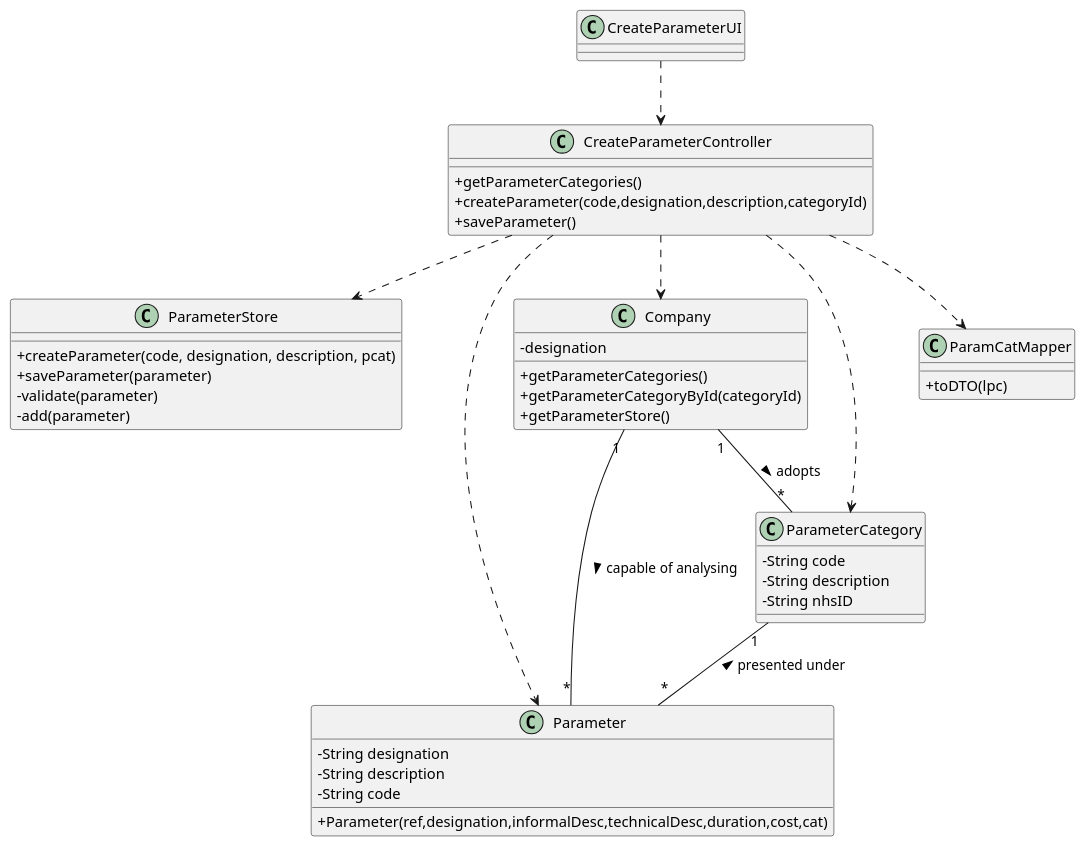
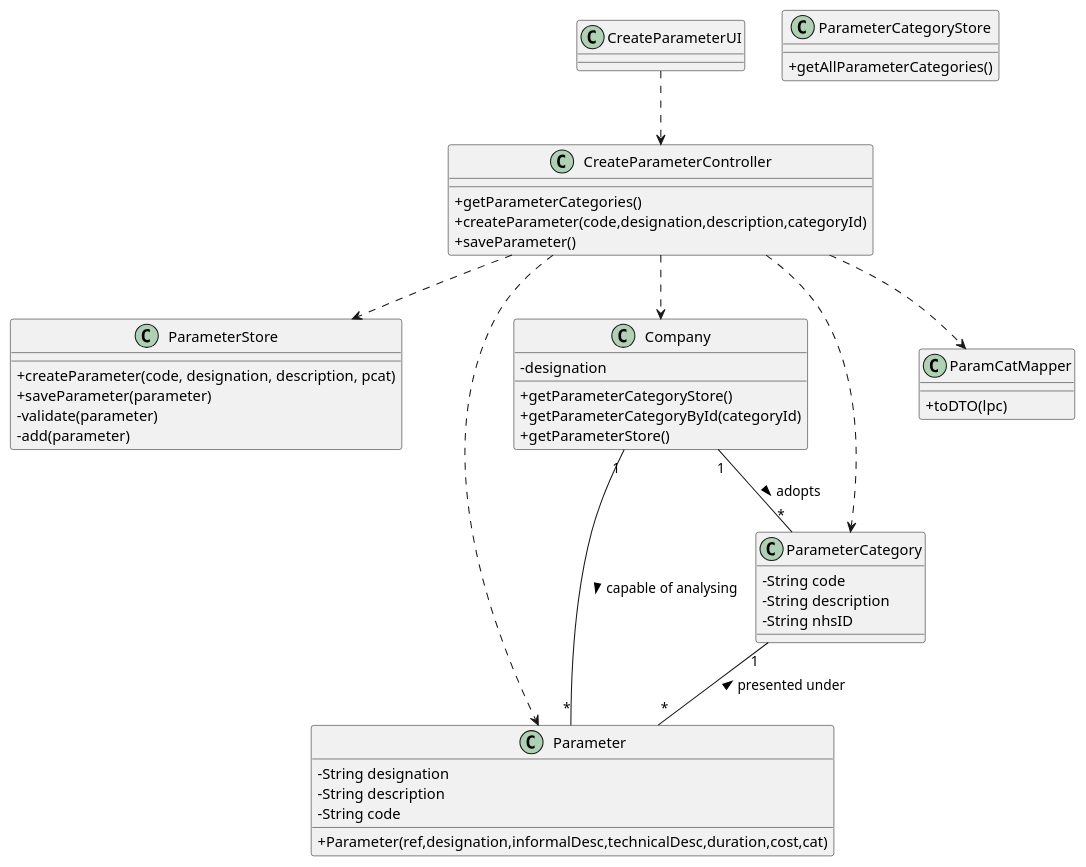
The diagram in docs/SprintB/US10/US10-CD.puml (0franciscor/lei-21-s2-1de-g19), drawn with PlantUML before and after one commit. The commit also changed 5 other files, not shown here.

Commit message:
acréscimo da Parameter Category Store no SD e CD US10

```diff
--- a/docs/SprintB/US10/US10-CD.puml
+++ b/docs/SprintB/US10/US10-CD.puml
@@ -1,62 +1,66 @@
 @startuml
 skinparam classAttributeIconSize 0
 
 
 class ParameterStore{
   +createParameter(code, designation, description, pcat)
   +saveParameter(parameter)
   -validate(parameter)
   -add(parameter)
+}
+
+class ParameterCategoryStore{
+  +getAllParameterCategories()
 }
 
 
 class Parameter {
   - String designation
   - String description
   - String code
   +Parameter(ref,designation,informalDesc,technicalDesc,duration,cost,cat)
 }
 
 class Company {
   -designation
-  +getParameterCategories()
+  +getParameterCategoryStore()
   +getParameterCategoryById(categoryId)
   +getParameterStore()
 }
 
 class ParameterCategory {
   -String code
   -String description
   -String nhsID
 }
 
 
 
 class ParamCatMapper{
   +toDTO(lpc)
 }
 
 
 class CreateParameterController {
   +getParameterCategories()
   +createParameter(code,designation,description,categoryId)
   +saveParameter()
 }
 
 class CreateParameterUI {
 }
 
 CreateParameterUI ..> CreateParameterController
 CreateParameterController ..> ParameterCategory
 CreateParameterController ..> ParamCatMapper
 CreateParameterController ..> Parameter
 CreateParameterController ..> Company
 CreateParameterController ..> ParameterStore
 
 Company "1" -- "*" Parameter : > capable of analysing
 Company "1" -- "*" ParameterCategory : > adopts
 ParameterCategory "1" -- "*" Parameter : < presented under
 
 
 
 @enduml
```
